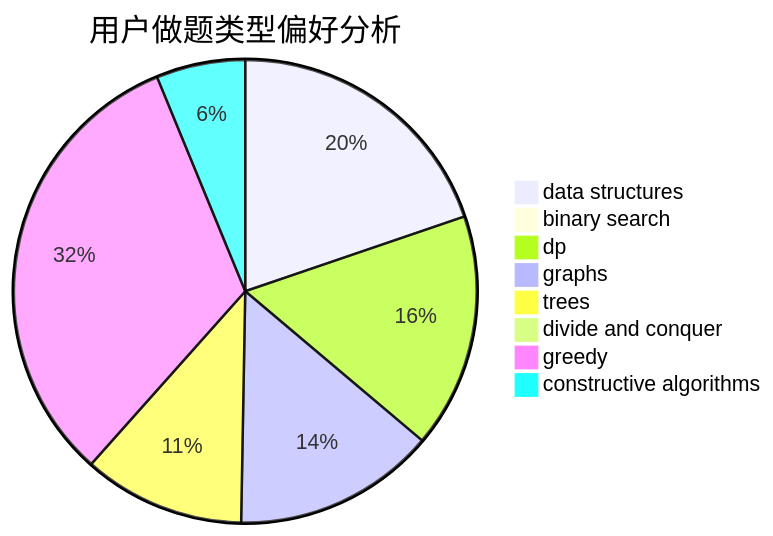
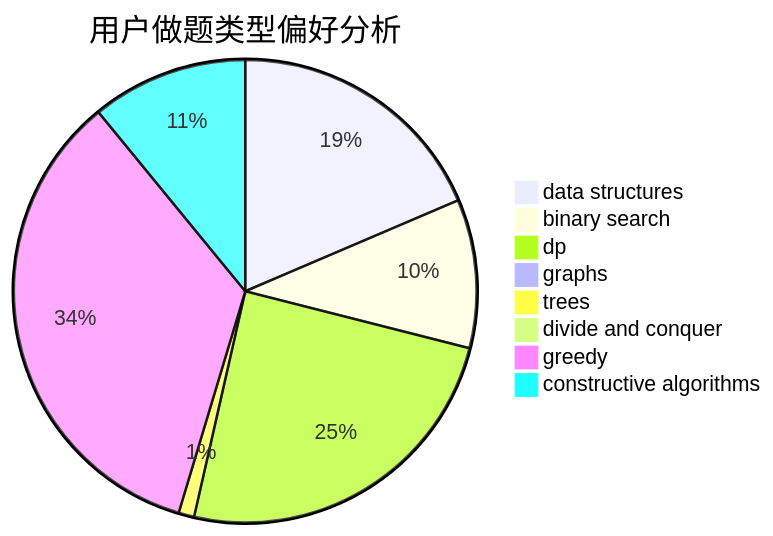
The second of 3 diagrams in docs/user/u1186.md (sherpahu/cfrs.github.io), drawn with Mermaid before and after one commit. The commit also changed other lines of this file and 2770 other files, not shown here.

````diff
--- a/docs/user/u1186.md
+++ b/docs/user/u1186.md
@@ -23,11 +23,11 @@
 ```mermaid
 pie title 用户做题类型偏好分析
-    "data structures" :  35
-    "binary search" :  0
-    "dp" :  29
-    "graphs" :  25
-    "trees" :  20
-    "divide and conquer" :  1
-    "greedy" :  57
-    "constructive algorithms" :  11
+    "data structures" :  34
+    "binary search" :  19
+    "dp" :  45
+    "graphs" :  0
+    "trees" :  2
+    "divide and conquer" :  0
+    "greedy" :  63
+    "constructive algorithms" :  20
 ```
````
